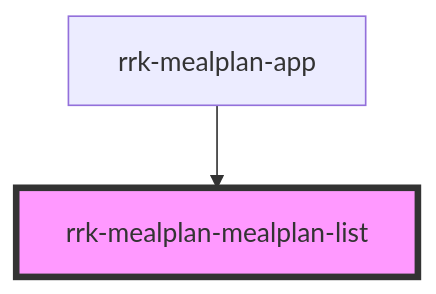
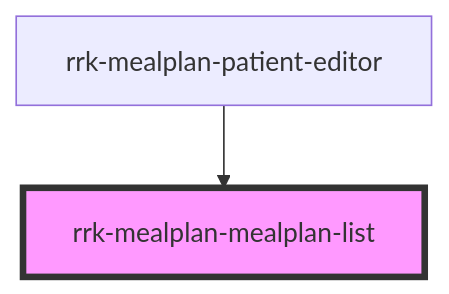
The diagram in src/components/rrk-mealplan-mealplan-list/readme.md (drepkovsky/mealplan-ufe), drawn with Mermaid before and after one commit. The commit also changed other lines of this file and 13 other files, not shown here.

````diff
--- a/src/components/rrk-mealplan-mealplan-list/readme.md
+++ b/src/components/rrk-mealplan-mealplan-list/readme.md
@@ -30,5 +30,5 @@
 ```mermaid
 graph TD;
-  rrk-mealplan-app --> rrk-mealplan-mealplan-list
+  rrk-mealplan-patient-editor --> rrk-mealplan-mealplan-list
   style rrk-mealplan-mealplan-list fill:#f9f,stroke:#333,stroke-width:4px
 ```
````
